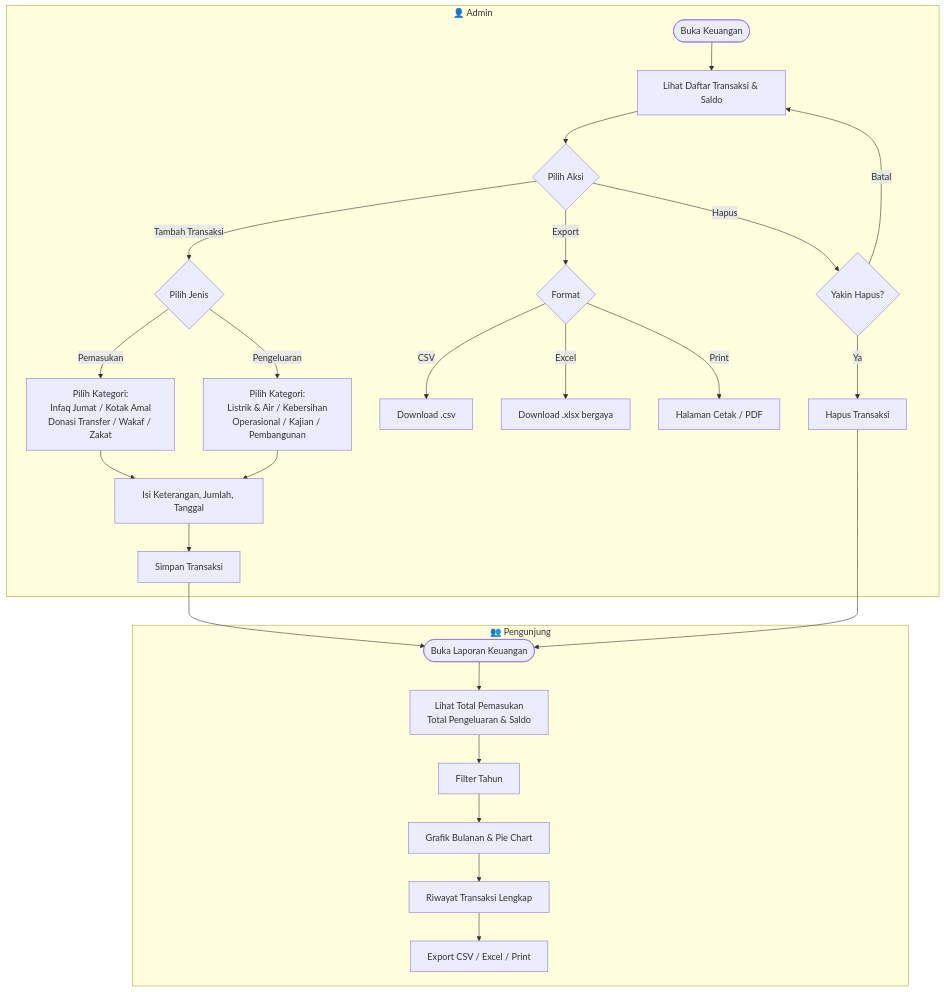
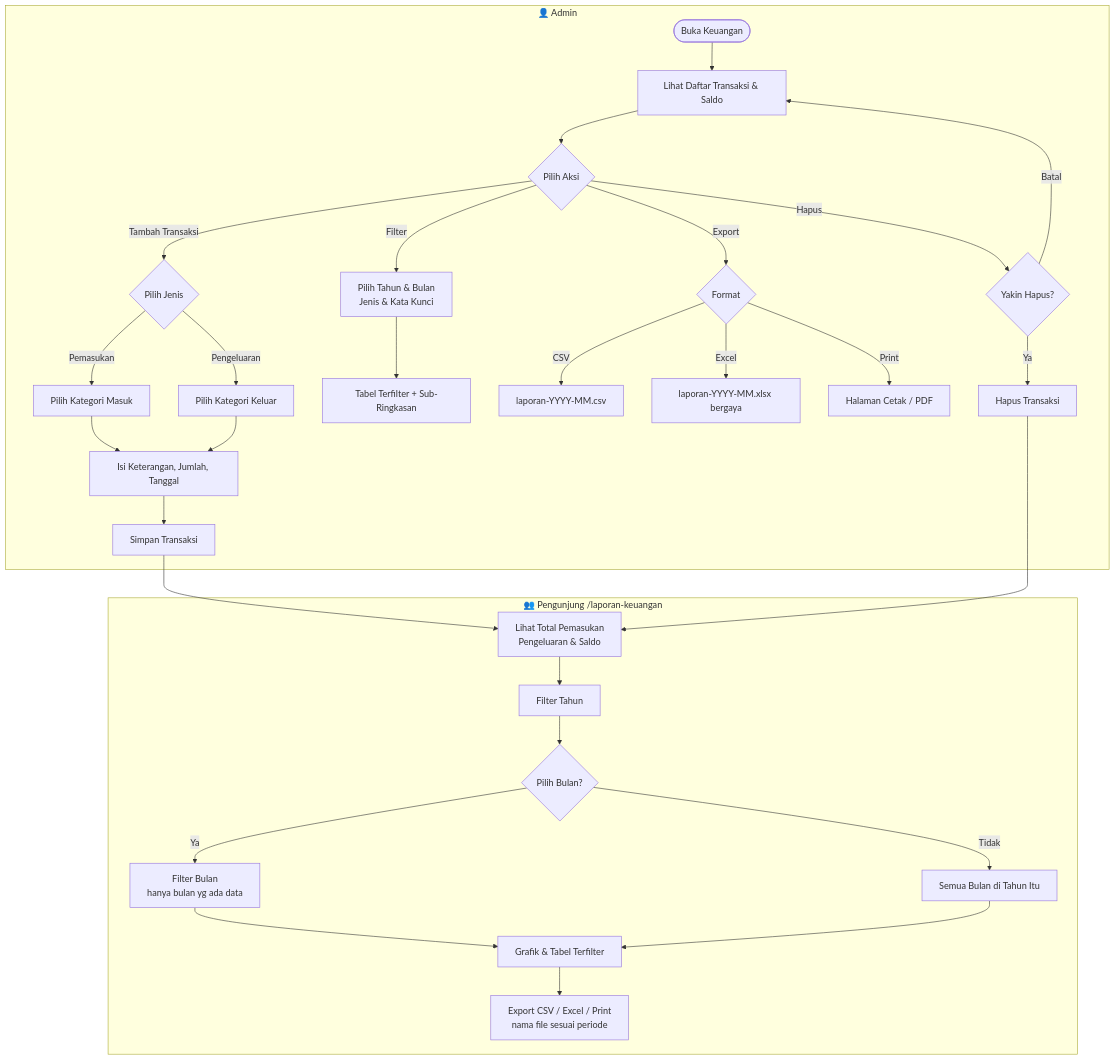
Before and after one commit to nabilhatami86/masjid-al-hidayah: the sixth of 8 diagrams in ERD.md, drawn with Mermaid. The commit also changed other lines of this file and 7 other files, not shown here.

````diff
--- a/ERD.md
+++ b/ERD.md
@@ -429,34 +464,39 @@
 ```mermaid
 flowchart TD
     subgraph ADMIN["👤 Admin"]
         A1([Buka Keuangan]) --> A2[Lihat Daftar Transaksi & Saldo]
         A2 --> A3{Pilih Aksi}
 
         A3 -- Tambah Transaksi --> A4{Pilih Jenis}
-        A4 -- Pemasukan --> A5[Pilih Kategori:\nInfaq Jumat / Kotak Amal\nDonasi Transfer / Wakaf / Zakat]
-        A4 -- Pengeluaran --> A6[Pilih Kategori:\nListrik & Air / Kebersihan\nOperasional / Kajian / Pembangunan]
+        A4 -- Pemasukan --> A5[Pilih Kategori Masuk]
+        A4 -- Pengeluaran --> A6[Pilih Kategori Keluar]
         A5 --> A7[Isi Keterangan, Jumlah, Tanggal]
         A6 --> A7
         A7 --> A8[Simpan Transaksi]
 
-        A3 -- Export --> A9{Format}
-        A9 -- CSV --> A10[Download .csv]
-        A9 -- Excel --> A11[Download .xlsx bergaya]
-        A9 -- Print --> A12[Halaman Cetak / PDF]
+        A3 -- Filter --> A9[Pilih Tahun & Bulan\nJenis & Kata Kunci]
+        A9 --> A10[Tabel Terfilter + Sub-Ringkasan]
 
-        A3 -- Hapus --> A13{Yakin Hapus?}
-        A13 -- Batal --> A2
-        A13 -- Ya --> A14[Hapus Transaksi]
+        A3 -- Export --> A11{Format}
+        A11 -- CSV --> A12[laporan-YYYY-MM.csv]
+        A11 -- Excel --> A13[laporan-YYYY-MM.xlsx bergaya]
+        A11 -- Print --> A14[Halaman Cetak / PDF]
+
+        A3 -- Hapus --> A15{Yakin Hapus?}
+        A15 -- Batal --> A2
+        A15 -- Ya --> A16[Hapus Transaksi]
     end
 
-    subgraph PUBLIK["👥 Pengunjung"]
-        P1([Buka Laporan Keuangan]) --> P2[Lihat Total Pemasukan\nTotal Pengeluaran & Saldo]
-        P2 --> P3[Filter Tahun]
-        P3 --> P4[Grafik Bulanan & Pie Chart]
-        P4 --> P5[Riwayat Transaksi Lengkap]
-        P5 --> P6[Export CSV / Excel / Print]
+    subgraph PUBLIK["👥 Pengunjung /laporan-keuangan"]
+        P1[Lihat Total Pemasukan\nPengeluaran & Saldo] --> P2[Filter Tahun]
+        P2 --> P3{Pilih Bulan?}
+        P3 -- Ya --> P4[Filter Bulan\nhanya bulan yg ada data]
+        P3 -- Tidak --> P5[Semua Bulan di Tahun Itu]
+        P4 --> P6[Grafik & Tabel Terfilter]
+        P5 --> P6
+        P6 --> P7[Export CSV / Excel / Print\nnama file sesuai periode]
     end
 
     A8 --> P1
-    A14 --> P1
+    A16 --> P1
 ```
````
